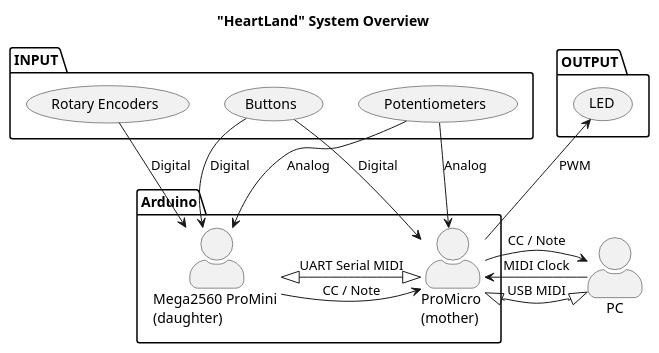
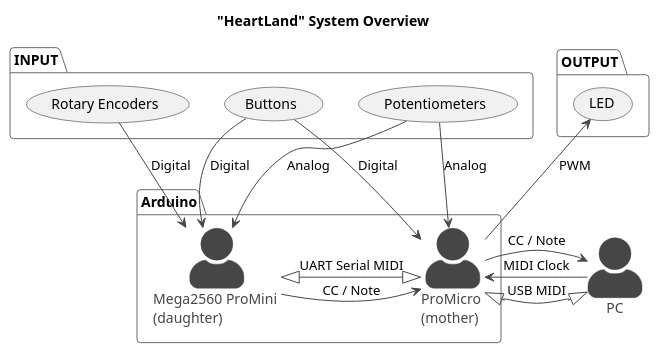
The diagram in HeartLand/overview.pu (aSumo-1xts/MIDI-HARD), drawn with PlantUML before and after one commit. The commit also changed 1 other file, not shown here.

```diff
--- a/HeartLand/overview.pu
+++ b/HeartLand/overview.pu
@@ -1,41 +1,42 @@
 @startuml HeartLand
 title "HeartLand" System Overview
 
-skinparam defaultFontname   Arial
+!theme vibrant
+skinparam backgroundColor   white
+skinparam shadowing         false
+skinparam defaultFontname   Helvetica
 skinparam actorStyle        awesome
-
-' left to right direction
 
 package "Arduino" {
     actor "Mega2560 ProMini \n(daughter)" as daughter
     actor "ProMicro \n(mother)" as mother
 }
 
 actor PC as PC
 
 package "INPUT" {
     usecase "Potentiometers"    as ucP
     usecase "Buttons"           as ucB
     usecase "Rotary Encoders"   as ucR
 }
 
 package OUTPUT {
     usecase "LED" as ucL
 }
 
 ucP --> daughter : Analog
 ucB --> daughter : Digital
 ucR --> daughter : Digital
 
 ucP --> mother : Analog
 ucB --> mother : Digital
 ucL <-- mother : PWM
 
 daughter    <|-|>   mother : UART Serial MIDI
 daughter    ->      mother : CC / Note
 
 mother      <|-|>   PC : USB MIDI
 mother      ->      PC : CC / Note
 mother      <-      PC : MIDI Clock
 
 @enduml
```
